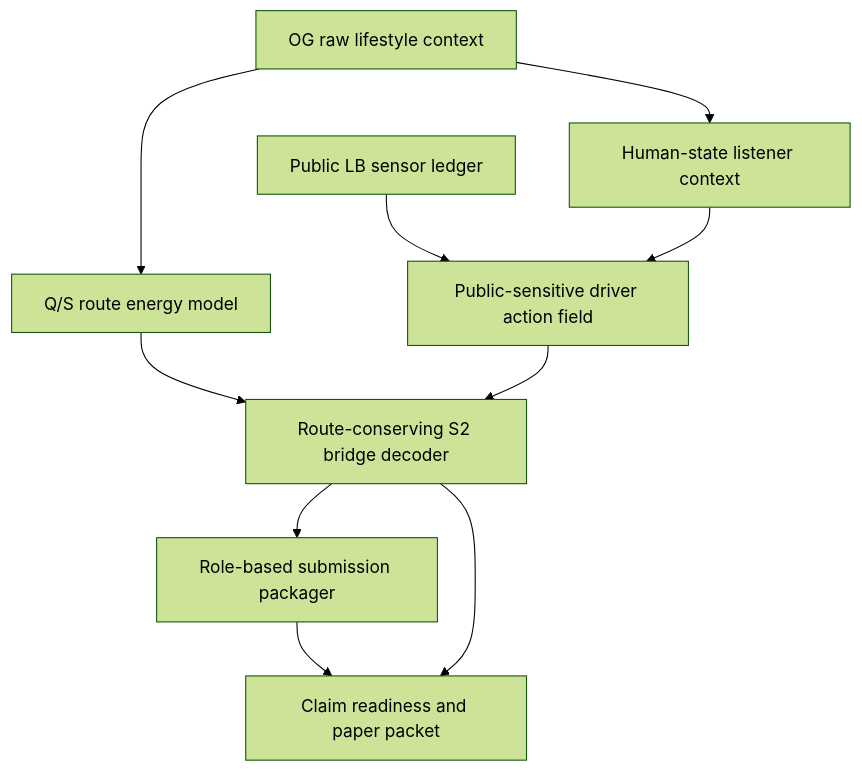
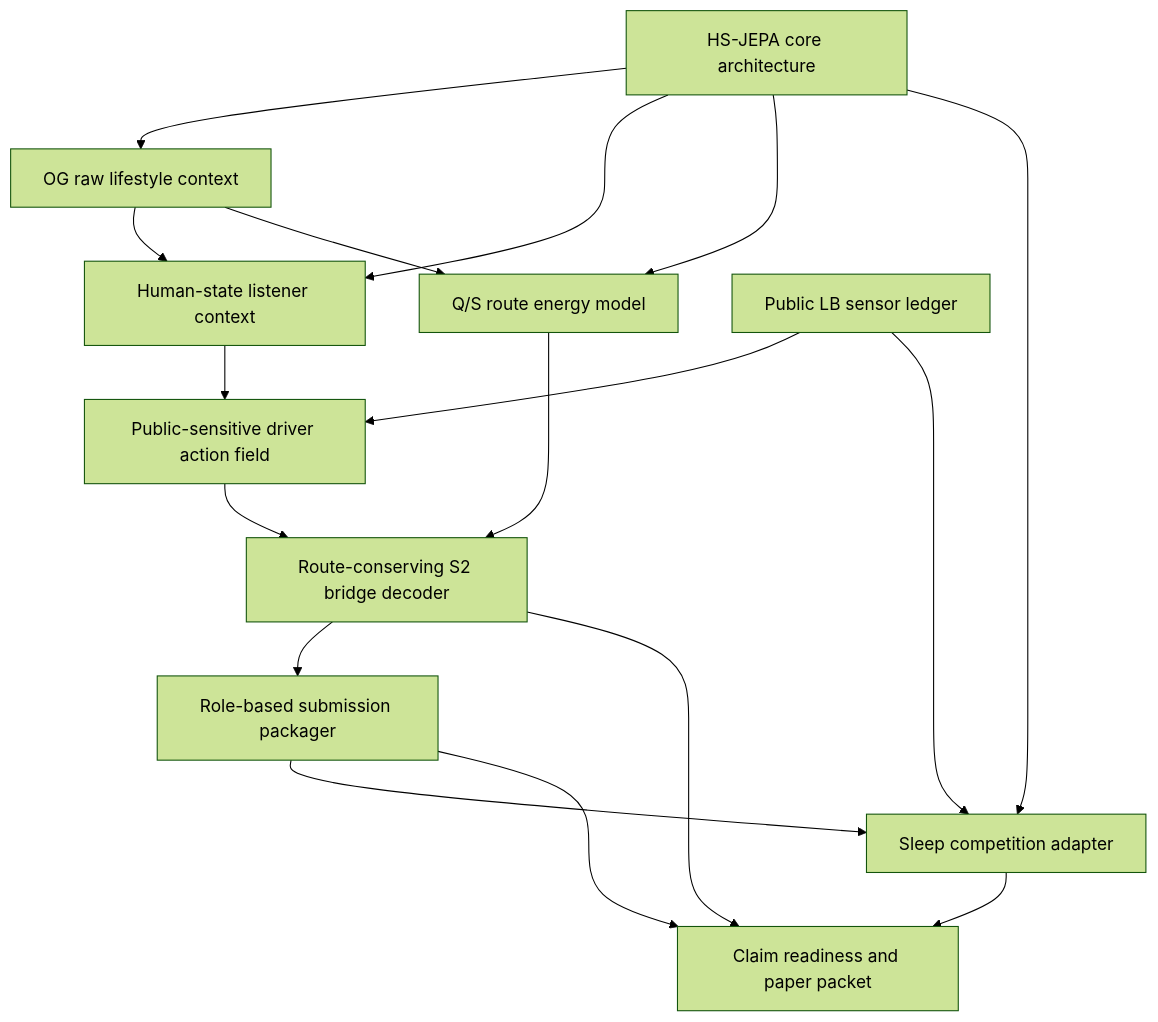
One commit to kbsooo/etri changed the diagram in team_hsjepa_end_to_end/outputs/route_conserving_s2_bridge/hsjepa_pipeline_manifest_ko.md. Above: the diagram before and after it, drawn with Mermaid (forest theme). The commit also changed other lines of this file and 31 other files, not shown here.

Commit message:
feat(hsjepa): split core and sleep adapter

````diff
--- a/team_hsjepa_end_to_end/outputs/route_conserving_s2_bridge/hsjepa_pipeline_manifest_ko.md
+++ b/team_hsjepa_end_to_end/outputs/route_conserving_s2_bridge/hsjepa_pipeline_manifest_ko.md
@@ -13,12 +13,19 @@
 ```mermaid
 flowchart TD
+    CORE["HS-JEPA core architecture"] --> A["OG raw lifestyle context"]
+    CORE --> C["Human-state listener context"]
+    CORE --> D["Q/S route energy model"]
     A["OG raw lifestyle context"] --> C["Human-state listener context"]
     A --> D["Q/S route energy model"]
     B["Public LB sensor ledger"] --> E["Public-sensitive driver action field"]
     C --> E
     D --> F["Route-conserving S2 bridge decoder"]
     E --> F
     F --> G["Role-based submission packager"]
+    G --> ADAPT["Sleep competition adapter"]
+    CORE --> ADAPT
+    B --> ADAPT
+    ADAPT --> H["Claim readiness and paper packet"]
     G --> H["Claim readiness and paper packet"]
     F --> H
 ```
````
